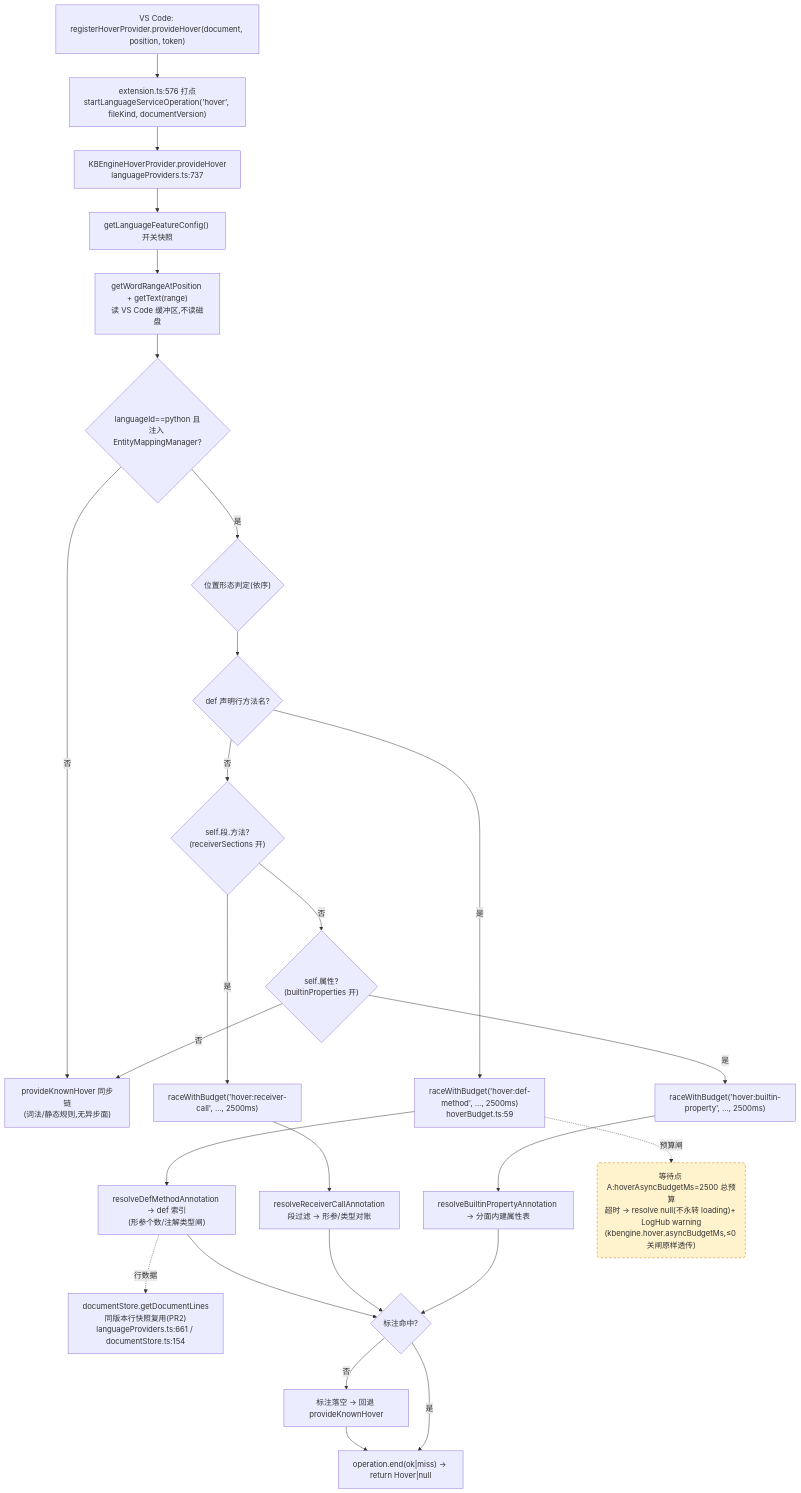
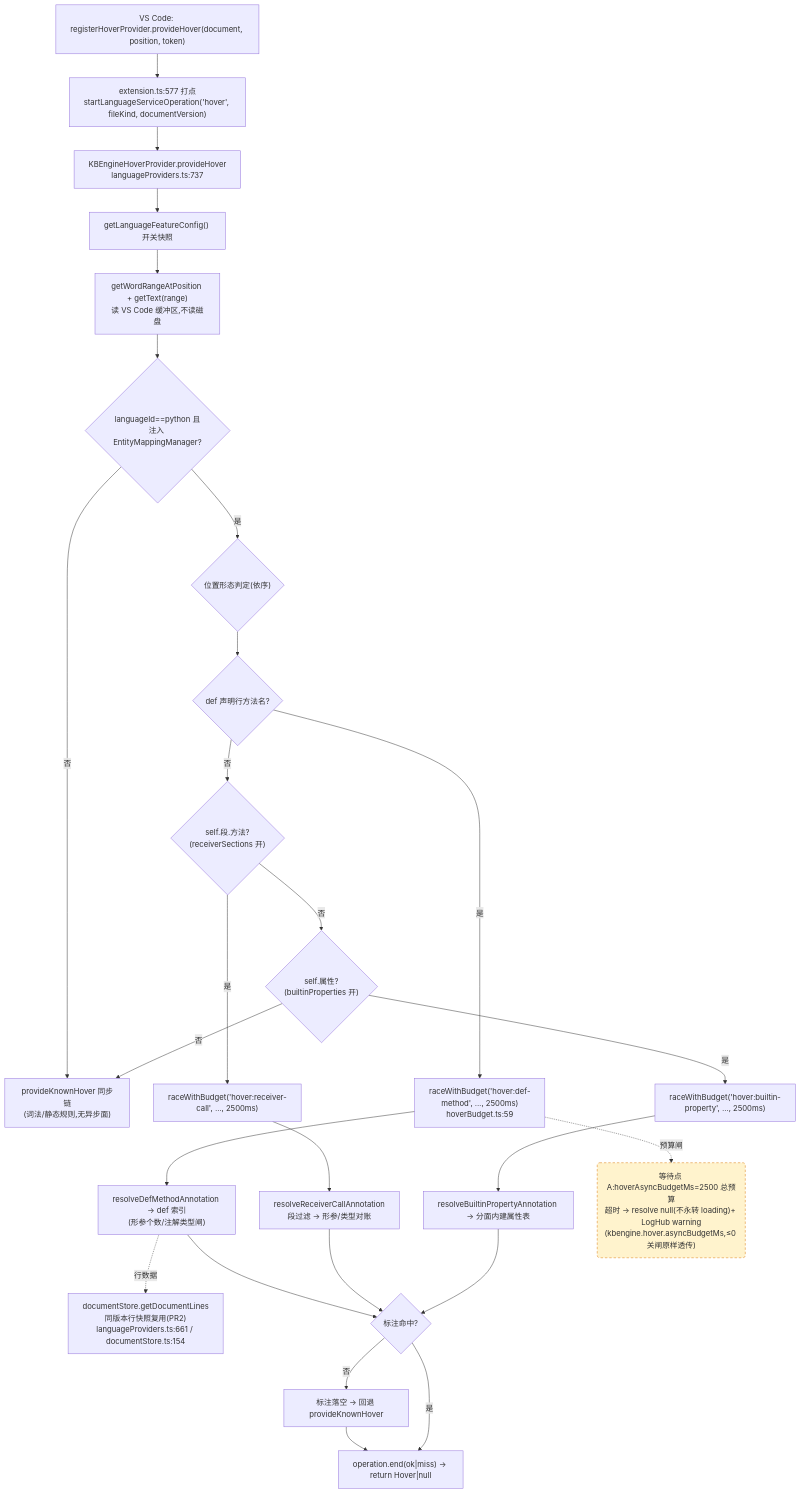
One commit to cuihairu/kode changed the first of 4 diagrams in docs/perf/2026-baseline.md. Above: the diagram before and after it, drawn with Mermaid. The commit also changed other lines of this file and 13 other files, not shown here.

````diff
--- a/docs/perf/2026-baseline.md
+++ b/docs/perf/2026-baseline.md
@@ -82,45 +82,45 @@
 ```mermaid
 flowchart TD
   VC1["VS Code: registerHoverProvider.provideHover(document, position, token)"]
-  M1["extension.ts:576 打点<br/>startLanguageServiceOperation('hover', fileKind, documentVersion)"]
+  M1["extension.ts:577 打点<br/>startLanguageServiceOperation('hover', fileKind, documentVersion)"]
   HP["KBEngineHoverProvider.provideHover<br/>languageProviders.ts:737"]
   CFG["getLanguageFeatureConfig() 开关快照"]
   WORD["getWordRangeAtPosition + getText(range)<br/>读 VS Code 缓冲区,不读磁盘"]
   BR{"languageId==python 且<br/>注入 EntityMappingManager?"}
   KN["provideKnownHover 同步链<br/>(词法/静态规则,无异步面)"]
   POS{"位置形态判定(依序)"}
   D1{"def 声明行方法名?"}
   D2{"self.段.方法?<br/>(receiverSections 开)"}
   D3{"self.属性?<br/>(builtinProperties 开)"}
   RA1["raceWithBudget('hover:def-method', …, 2500ms)<br/>hoverBudget.ts:59"]
   RA2["raceWithBudget('hover:receiver-call', …, 2500ms)"]
   RA3["raceWithBudget('hover:builtin-property', …, 2500ms)"]
   RS1["resolveDefMethodAnnotation → def 索引<br/>(形参个数/注解类型闸)"]
   RS2["resolveReceiverCallAnnotation<br/>段过滤 → 形参/类型对账"]
   RS3["resolveBuiltinPropertyAnnotation → 分面内建属性表"]
   LINES["documentStore.getDocumentLines<br/>同版本行快照复用(PR2)<br/>languageProviders.ts:661 / documentStore.ts:154"]
   MISS["标注落空 → 回退 provideKnownHover"]
   END1["operation.end(ok|miss) → return Hover|null"]
 
   VC1 --> M1 --> HP --> CFG --> WORD --> BR
   BR -- "否" --> KN
   BR -- "是" --> POS --> D1
   D1 -- "是" --> RA1 --> RS1
   D1 -- "否" --> D2
   D2 -- "是" --> RA2 --> RS2
   D2 -- "否" --> D3
   D3 -- "是" --> RA3 --> RS3
   D3 -- "否" --> KN
   RS1 --> HIT{"标注命中?"}
   RS2 --> HIT
   RS3 --> HIT
   RS1 -.->|行数据| LINES
   HIT -- "否" --> MISS --> END1
   HIT -- "是" --> END1
 
   WAITA("等待点 A:hoverAsyncBudgetMs=2500 总预算<br/>超时 → resolve null(不永转 loading)+ LogHub warning<br/>(kbengine.hover.asyncBudgetMs,≤0 关闸原样透传)")
   RA1 -.->|预算闸| WAITA
 
   classDef waitPoint fill:#fff3cd,stroke:#d97706,stroke-dasharray:5 4;
   class WAITA waitPoint;
 ```
````
